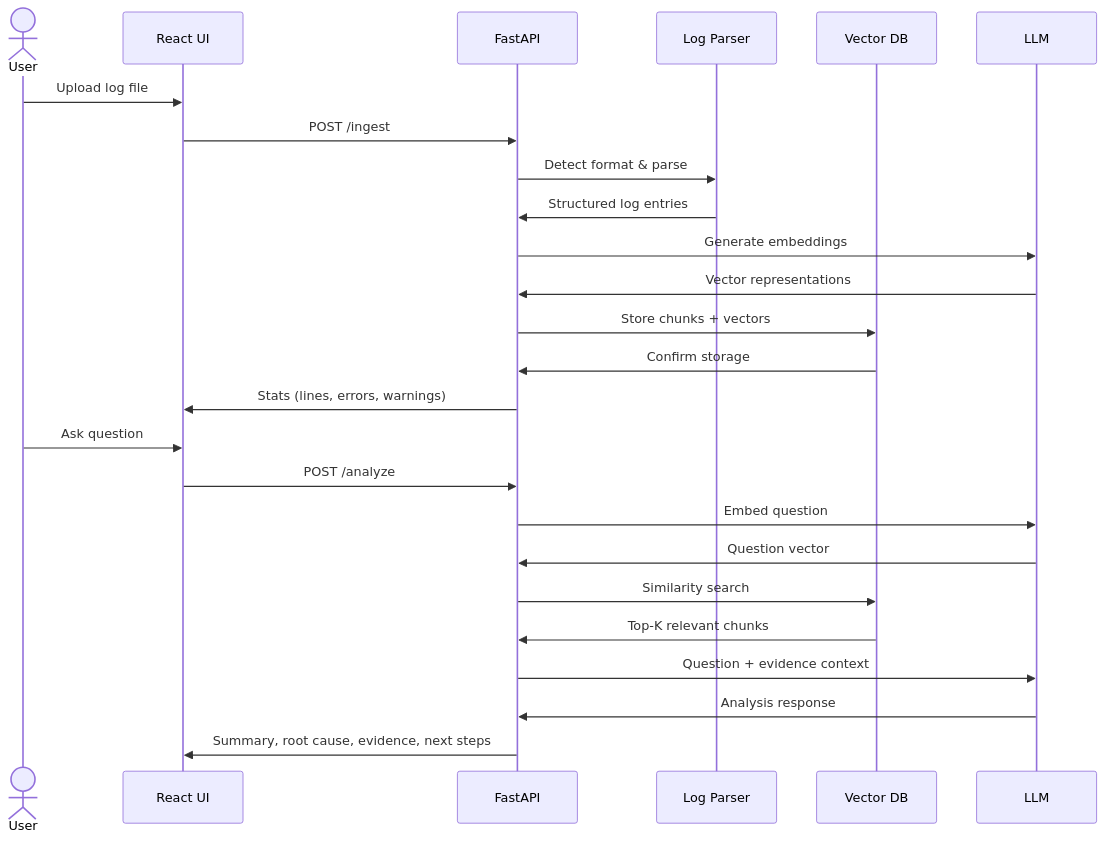
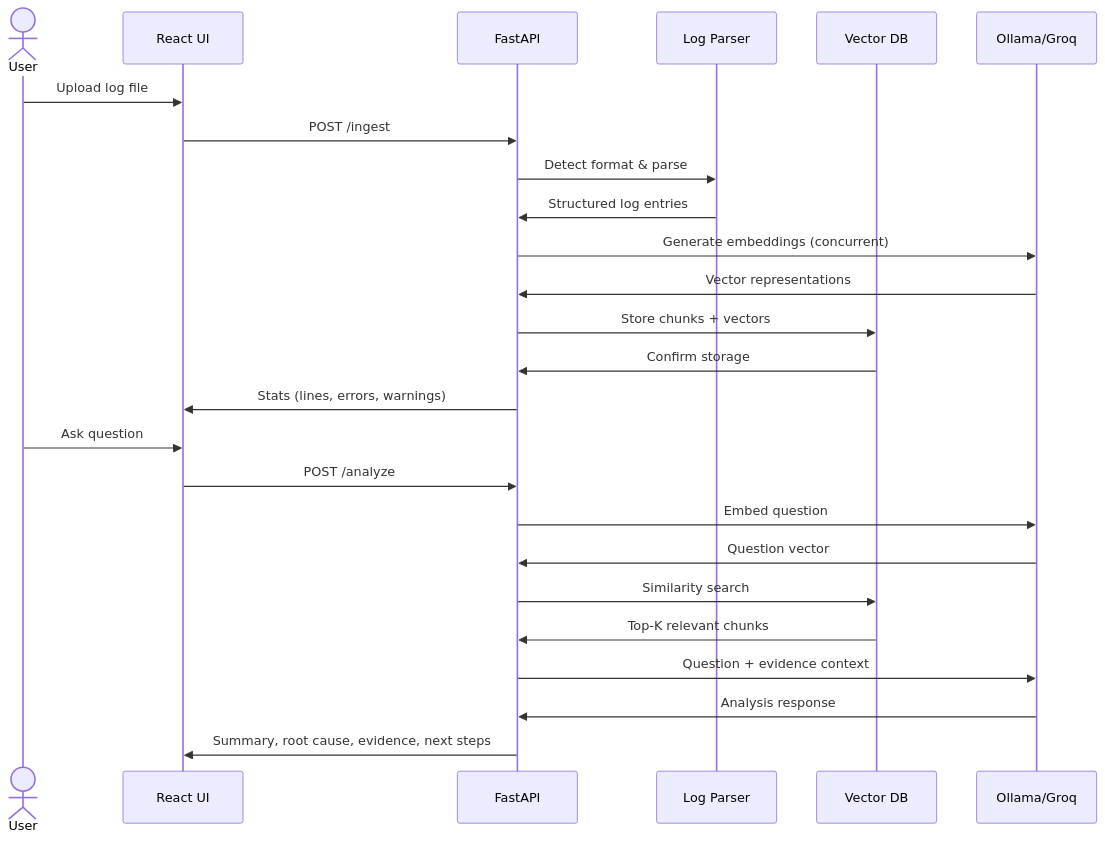
The third of 4 diagrams in README.md (Avinash-Amudala/llm-incident-copilot), drawn with Mermaid before and after one commit. The commit also changed other lines of this file and 8 other files, not shown here.

````diff
--- a/README.md
+++ b/README.md
@@ -212,29 +347,29 @@
 ```mermaid
 sequenceDiagram
     actor User
     participant UI as React UI
     participant API as FastAPI
     participant Parser as Log Parser
     participant Qdrant as Vector DB
-    participant Ollama as LLM
+    participant LLM as Ollama/Groq
 
     User->>UI: Upload log file
     UI->>API: POST /ingest
     API->>Parser: Detect format & parse
     Parser->>API: Structured log entries
-    API->>Ollama: Generate embeddings
-    Ollama->>API: Vector representations
+    API->>LLM: Generate embeddings (concurrent)
+    LLM->>API: Vector representations
     API->>Qdrant: Store chunks + vectors
     Qdrant->>API: Confirm storage
     API->>UI: Stats (lines, errors, warnings)
 
     User->>UI: Ask question
     UI->>API: POST /analyze
-    API->>Ollama: Embed question
-    Ollama->>API: Question vector
+    API->>LLM: Embed question
+    LLM->>API: Question vector
     API->>Qdrant: Similarity search
     Qdrant->>API: Top-K relevant chunks
-    API->>Ollama: Question + evidence context
-    Ollama->>API: Analysis response
+    API->>LLM: Question + evidence context
+    LLM->>API: Analysis response
     API->>UI: Summary, root cause, evidence, next steps
 ```
````
